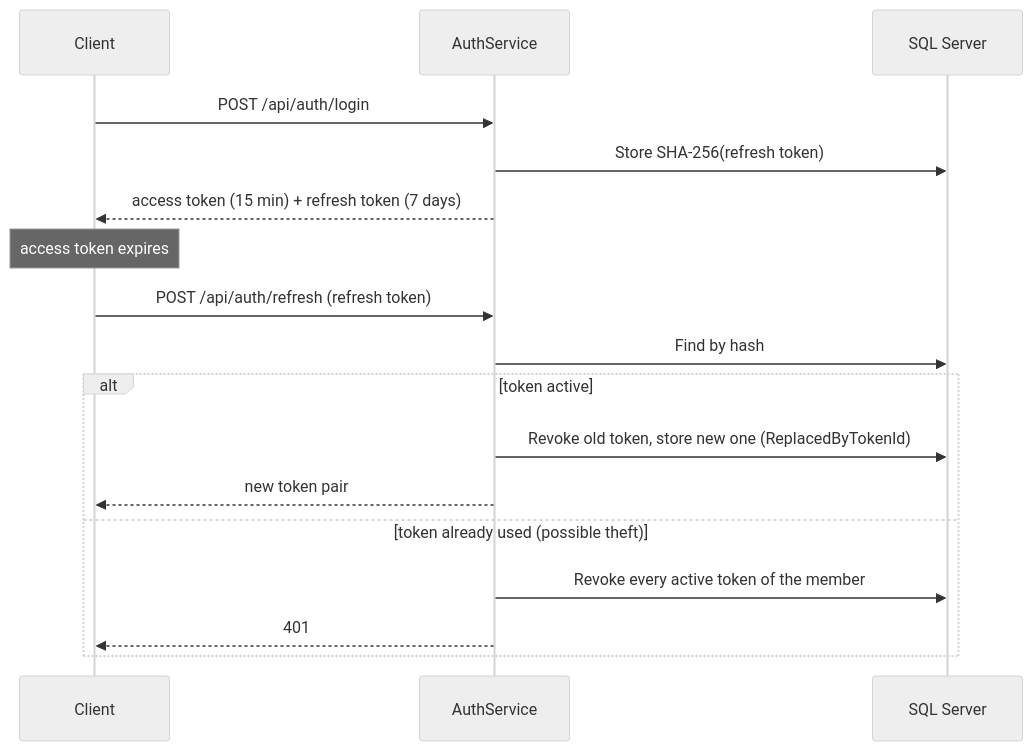
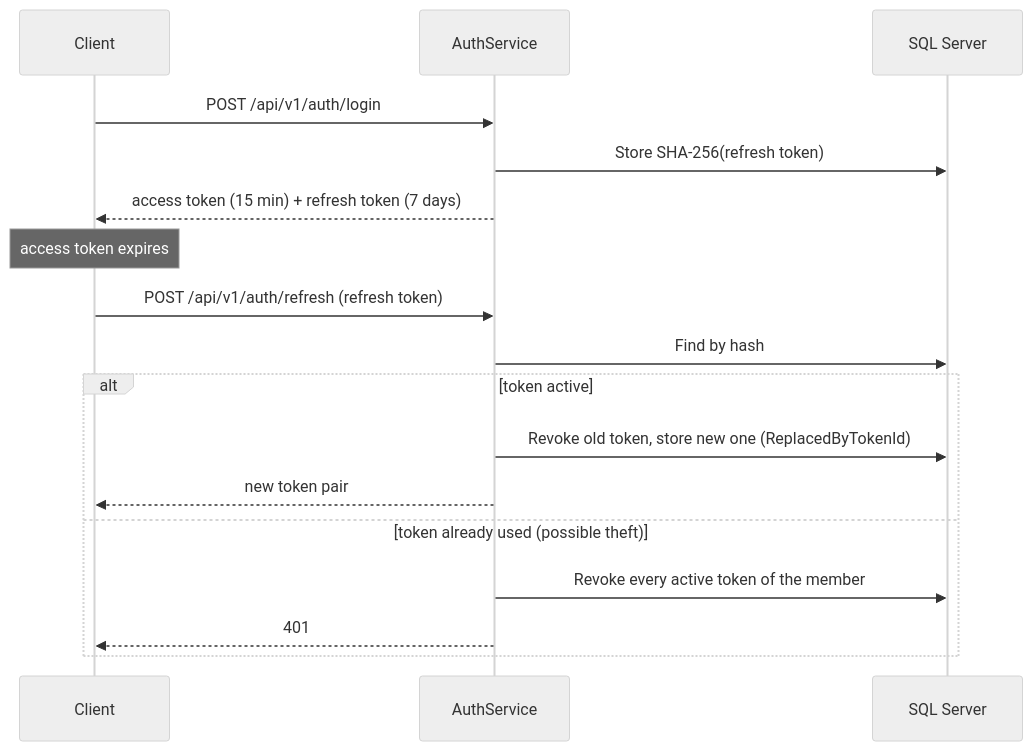
One commit to reinansilveira/BibliotecaProjectBook changed the second of 4 diagrams in docs/architecture.md. Above: the diagram before and after it, drawn with Mermaid (neutral theme). The commit also changed other lines of this file and 304 other files, not shown here.

````diff
--- a/docs/architecture.md
+++ b/docs/architecture.md
@@ -47,19 +51,19 @@
 ```mermaid
 sequenceDiagram
     participant C as Client
     participant A as AuthService
     participant DB as SQL Server
-    C->>A: POST /api/auth/login
+    C->>A: POST /api/v1/auth/login
     A->>DB: Store SHA-256(refresh token)
     A-->>C: access token (15 min) + refresh token (7 days)
     Note over C: access token expires
-    C->>A: POST /api/auth/refresh (refresh token)
+    C->>A: POST /api/v1/auth/refresh (refresh token)
     A->>DB: Find by hash
     alt token active
         A->>DB: Revoke old token, store new one (ReplacedByTokenId)
         A-->>C: new token pair
     else token already used (possible theft)
         A->>DB: Revoke every active token of the member
         A-->>C: 401
     end
 ```
````
